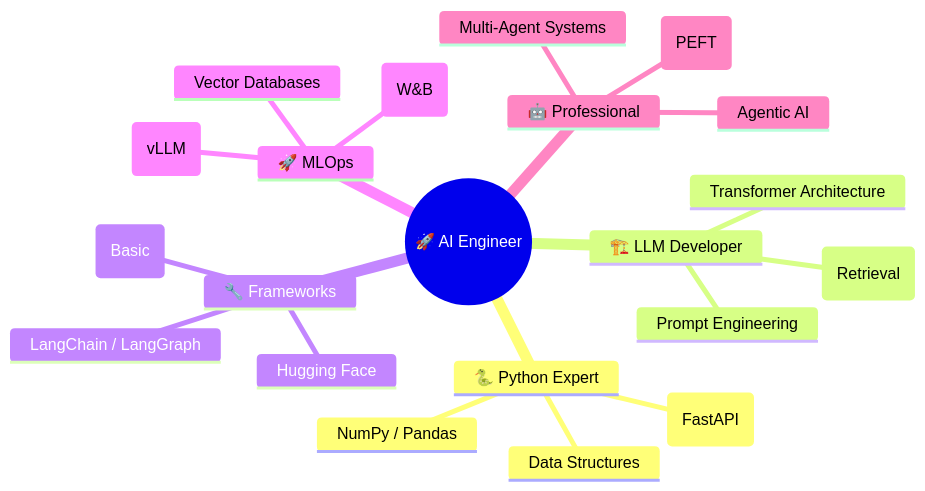
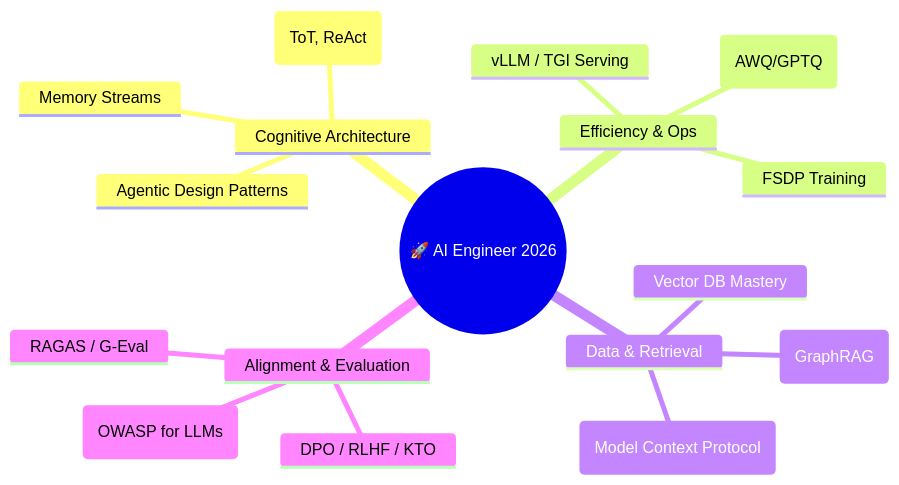
One commit to Sameer-Malik20/SusaGPT-Build-LLM-From-Scratch-With-Hinglish-Learning-Material changed the diagram in docs/AI_Engineer_Roadmap.md. Above: the diagram before and after it, drawn with Mermaid. The commit also changed other lines of this file and 1454 other files, not shown here.

````diff
--- a/docs/AI_Engineer_Roadmap.md
+++ b/docs/AI_Engineer_Roadmap.md
@@ -8,24 +14,20 @@
 ```mermaid
 mindmap
-  root(("🚀 AI Engineer"))
-    🐍 Python Expert
-      Data Structures
-      NumPy / Pandas
-      Async / API (FastAPI)
-    🏗️ LLM Developer
-      Transformer Architecture
-      Prompt Engineering
-      RAG (Retrieval)
-    🔧 Frameworks
-      PyTorch (Basic)
-      LangChain / LangGraph
-      Hugging Face
-    🚀 MLOps
-      Model Serving (vLLM)
-      Vector Databases
-      Monitoring (W&B)
-    🤖 Professional
-      LoRA/QLoRA (PEFT)
-      Multi-Agent Systems
-      Agentic AI
+  root(("🚀 AI Engineer 2026"))
+    Cognitive Architecture
+      Agentic Design Patterns
+      Memory Streams
+      Planning (ToT, ReAct)
+    Efficiency & Ops
+      vLLM / TGI Serving
+      Quantization (AWQ/GPTQ)
+      FSDP Training
+    Data & Retrieval
+      Advanced RAG (GraphRAG)
+      Vector DB Mastery
+      MCP (Model Context Protocol)
+    Alignment & Evaluation
+      DPO / RLHF / KTO
+      RAGAS / G-Eval
+      Security (OWASP for LLMs)
 ```
````
